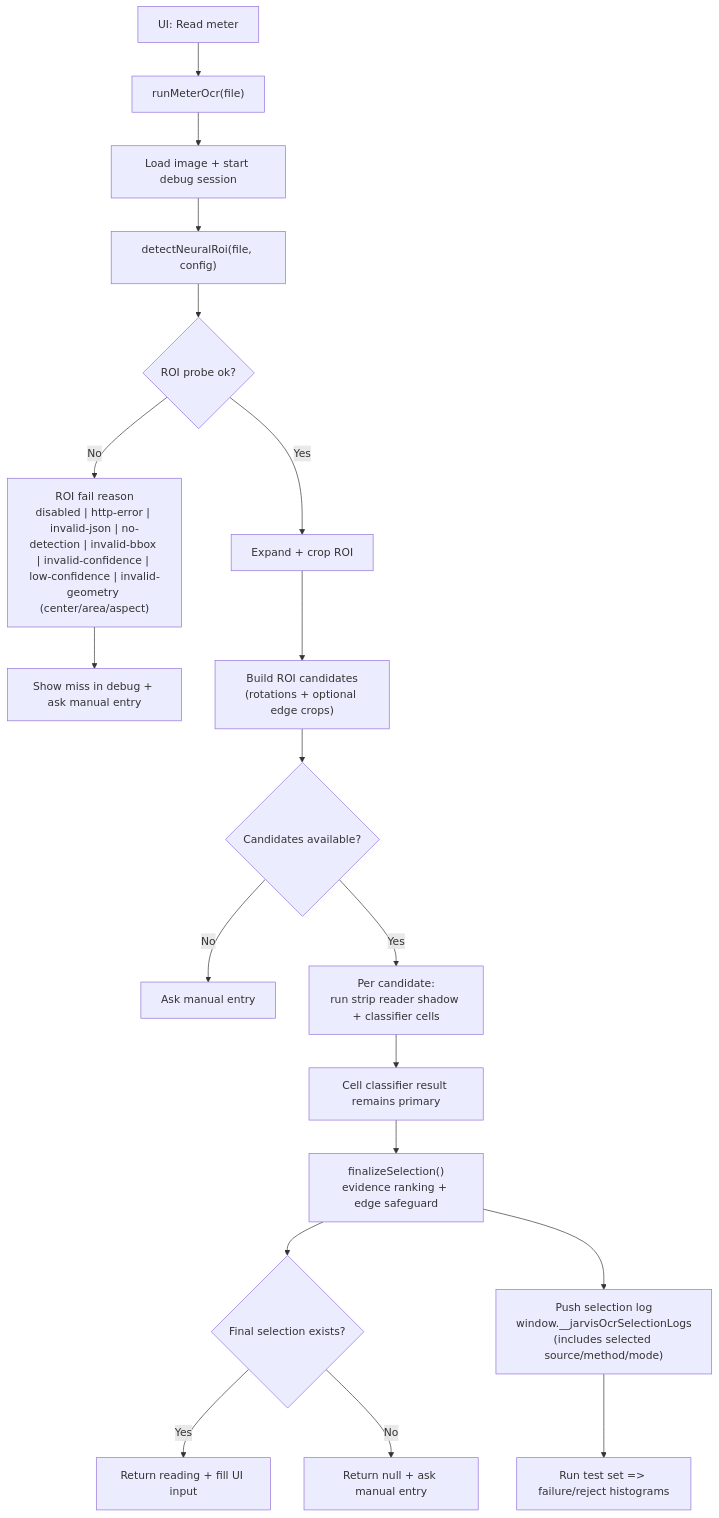
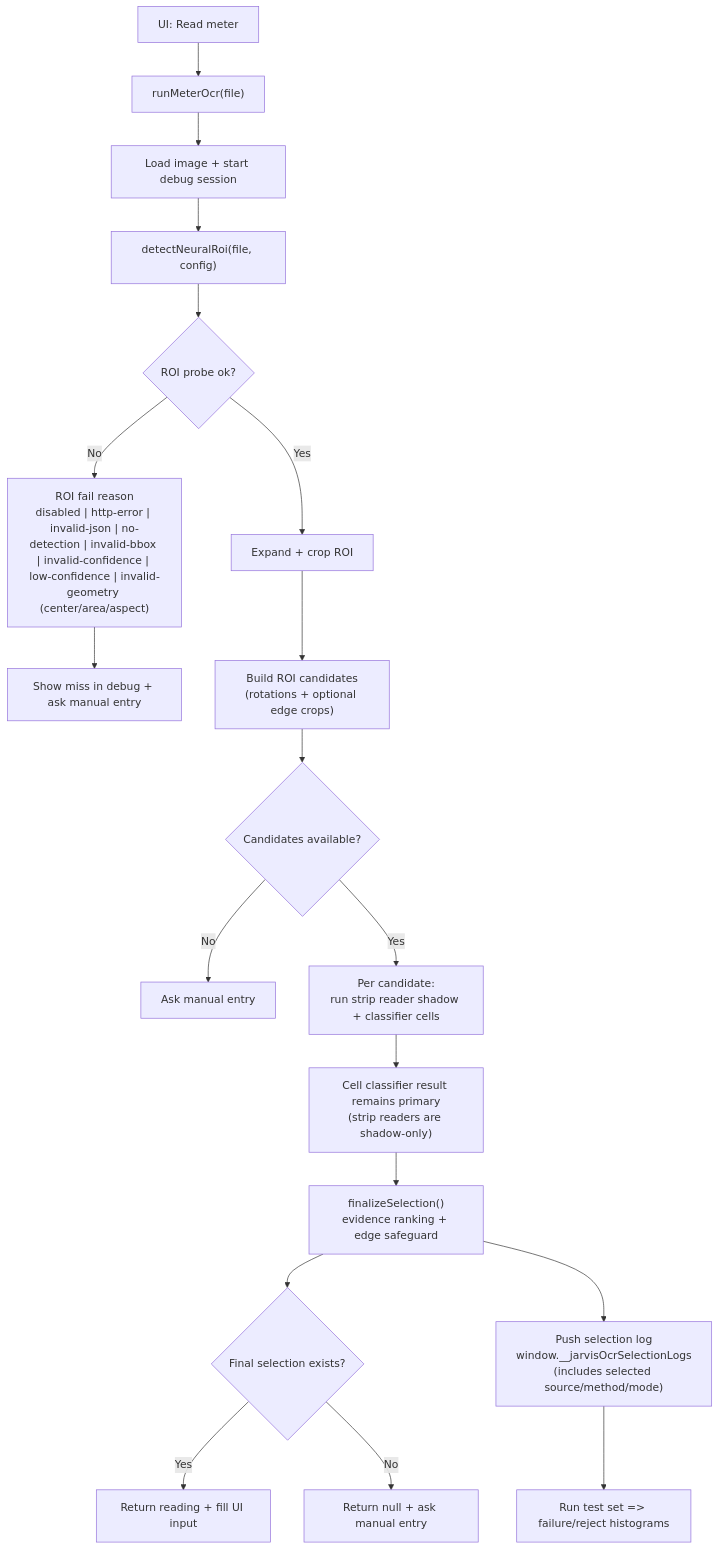
The diagram in docs/app-logic.md (AndreaPi/Jarvis), drawn with Mermaid before and after one commit. The commit also changed other lines of this file and 7 other files, not shown here.

````diff
--- a/docs/app-logic.md
+++ b/docs/app-logic.md
@@ -7,25 +7,25 @@
 ```mermaid
 flowchart TD
   A["UI: Read meter"] --> B["runMeterOcr(file)"]
   B --> C["Load image + start debug session"]
   C --> D["detectNeuralRoi(file, config)"]
   D --> E{"ROI probe ok?"}
 
   E -- "No" --> F["ROI fail reason<br/>disabled | http-error | invalid-json | no-detection | invalid-bbox | invalid-confidence | low-confidence | invalid-geometry (center/area/aspect)"]
   F --> G["Show miss in debug + ask manual entry"]
 
   E -- "Yes" --> H["Expand + crop ROI"]
   H --> I["Build ROI candidates<br/>(rotations + optional edge crops)"]
   I --> J{"Candidates available?"}
   J -- "No" --> K["Ask manual entry"]
   J -- "Yes" --> L["Per candidate:<br/>run strip reader shadow + classifier cells"]
-  L --> M["Cell classifier result remains primary"]
+  L --> M["Cell classifier result remains primary<br/>(strip readers are shadow-only)"]
   M --> O["finalizeSelection()<br/>evidence ranking + edge safeguard"]
 
   O --> P{"Final selection exists?"}
   P -- "Yes" --> Q["Return reading + fill UI input"]
   P -- "No" --> R["Return null + ask manual entry"]
 
   O --> S["Push selection log<br/>window.__jarvisOcrSelectionLogs<br/>(includes selected source/method/mode)"]
   S --> T["Run test set => failure/reject histograms"]
 ```
````
